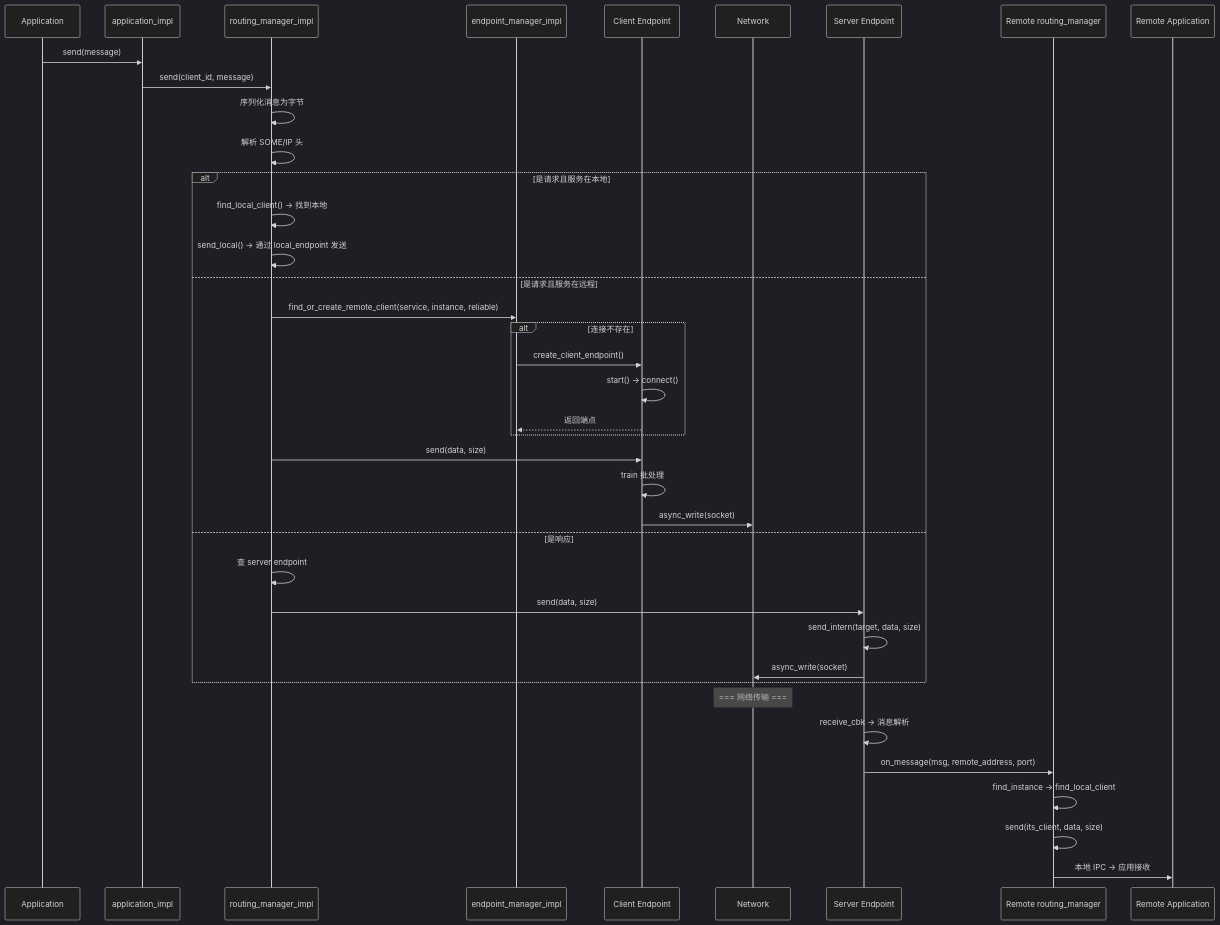
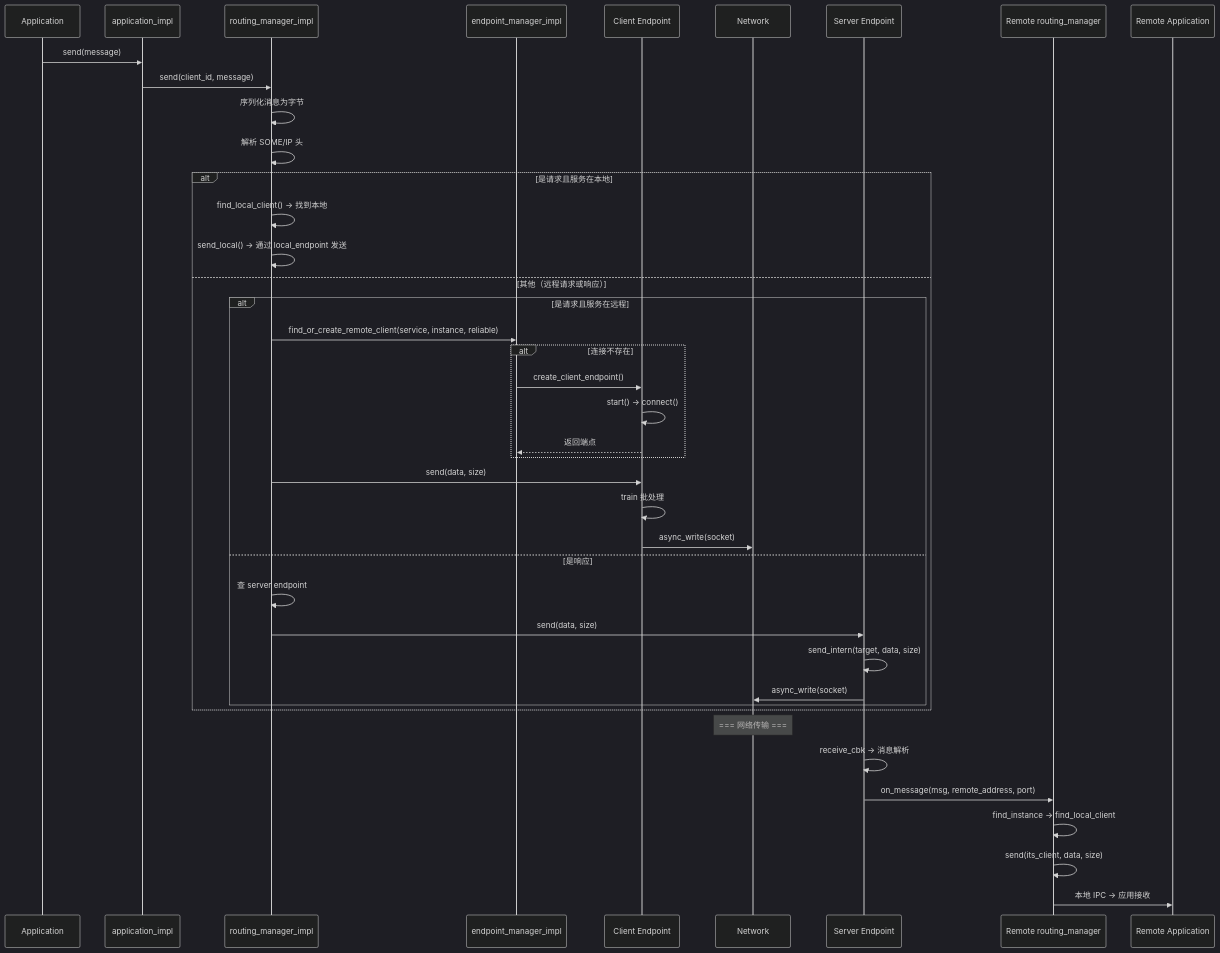
One commit to zhuhairong/vsomeip changed diagram 13 of 21 in zhr/readme_ep.md. Above: the diagram before and after it, drawn with Mermaid (dark theme). The commit also changed other lines of this file, not shown here.

````diff
--- a/zhr/readme_ep.md
+++ b/zhr/readme_ep.md
@@ -579,45 +583,47 @@
 ```mermaid
 sequenceDiagram
     participant App as Application
     participant AP as application_impl
     participant RM as routing_manager_impl
     participant EMI as endpoint_manager_impl
     participant EP as Client Endpoint
     participant NET as Network
     participant SEP as Server Endpoint
     participant RRM as Remote routing_manager
     participant RAP as Remote Application
 
     App->>AP: send(message)
     AP->>RM: send(client_id, message)
     RM->>RM: 序列化消息为字节
     RM->>RM: 解析 SOME/IP 头
 
     alt 是请求且服务在本地
         RM->>RM: find_local_client() → 找到本地
         RM->>RM: send_local() → 通过 local_endpoint 发送
-    else 是请求且服务在远程
-        RM->>EMI: find_or_create_remote_client(service, instance, reliable)
-        alt 连接不存在
-            EMI->>EP: create_client_endpoint()
-            EP->>EP: start() → connect()
-            EP-->>EMI: 返回端点
+    else 其他（远程请求或响应）
+        alt 是请求且服务在远程
+            RM->>EMI: find_or_create_remote_client(service, instance, reliable)
+            alt 连接不存在
+                EMI->>EP: create_client_endpoint()
+                EP->>EP: start() → connect()
+                EP-->>EMI: 返回端点
+            end
+            RM->>EP: send(data, size)
+            EP->>EP: train 批处理
+            EP->>NET: async_write(socket)
+        else 是响应
+            RM->>RM: 查 server endpoint
+            RM->>SEP: send(data, size)
+            SEP->>SEP: send_intern(target, data, size)
+            SEP->>NET: async_write(socket)
         end
-        RM->>EP: send(data, size)
-        EP->>EP: train 批处理
-        EP->>NET: async_write(socket)
-    else 是响应
-        RM->>RM: 查 server endpoint
-        RM->>SEP: send(data, size)
-        SEP->>SEP: send_intern(target, data, size)
-        SEP->>NET: async_write(socket)
     end
 
     Note over NET: === 网络传输 ===
 
     SEP->>SEP: receive_cbk → 消息解析
     SEP->>RRM: on_message(msg, remote_address, port)
     RRM->>RRM: find_instance → find_local_client
     RRM->>RRM: send(its_client, data, size)
     RRM->>RAP: 本地 IPC → 应用接收
 ```
````
